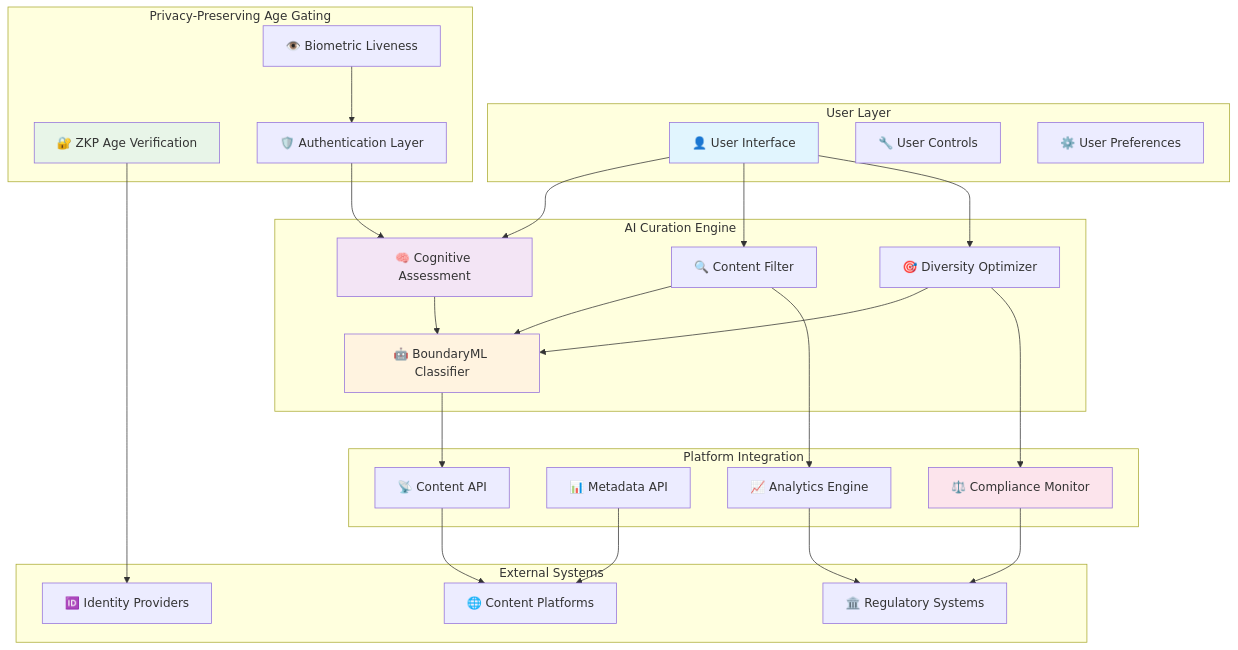
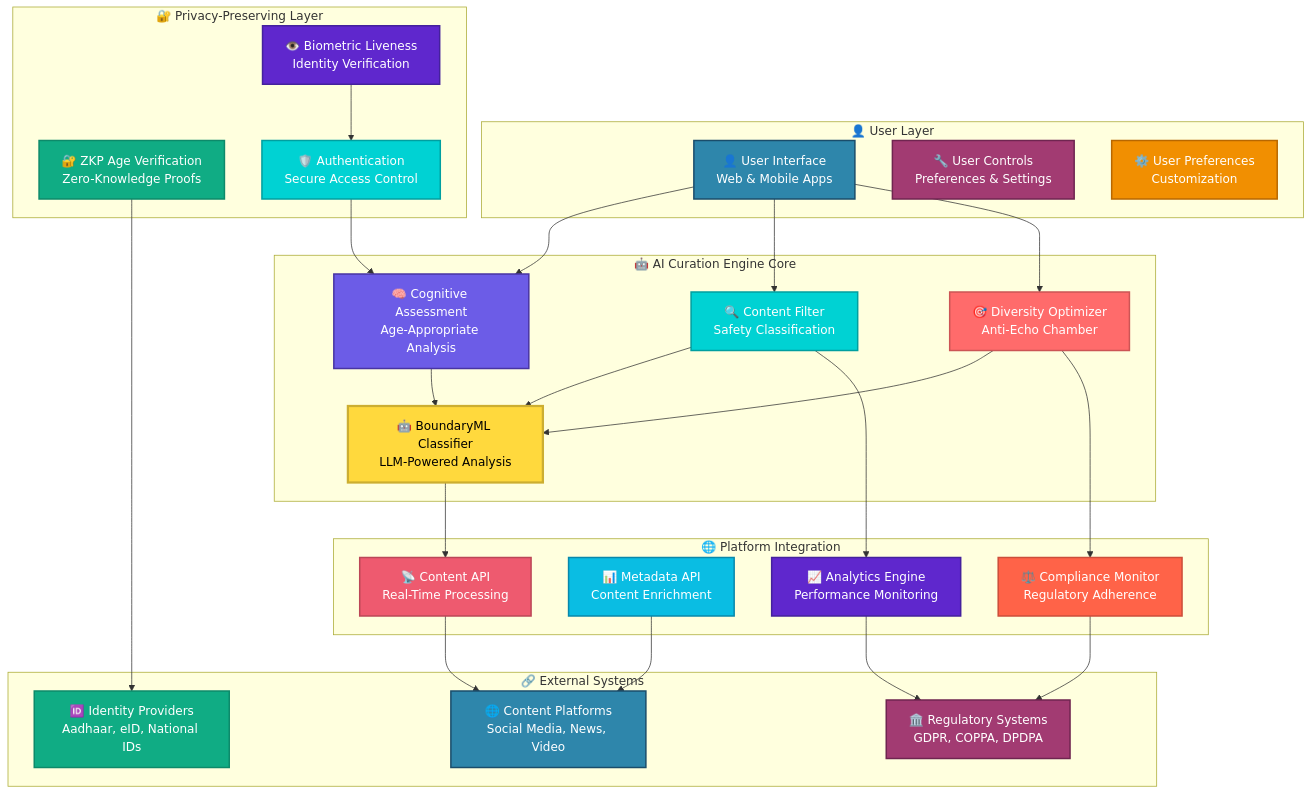
Before and after one commit to gitmujoshi/ai-curation-engine-cursor-generated: the first of 13 diagrams in docs/architecture/AI_Curation_Engine_Architecture.md, drawn with Mermaid. The commit also changed other lines of this file and 8 other files, not shown here.

First line of the commit message:
Improve architecture diagrams with professional styling and color schemes

````diff
--- a/docs/architecture/AI_Curation_Engine_Architecture.md
+++ b/docs/architecture/AI_Curation_Engine_Architecture.md
@@ -34,60 +34,73 @@
 ```mermaid
 graph TB
-    subgraph "User Layer"
-        UI[👤 User Interface]
-        UC[🔧 User Controls]
-        UP[⚙️ User Preferences]
+    subgraph "👤 User Layer"
+        UI["👤 User Interface<br/>Web & Mobile Apps"]
+        UC["🔧 User Controls<br/>Preferences & Settings"]
+        UP["⚙️ User Preferences<br/>Customization"]
     end
     
-    subgraph "AI Curation Engine"
-        CA[🧠 Cognitive Assessment]
-        CF[🔍 Content Filter]
-        DO[🎯 Diversity Optimizer]
-        BML[🤖 BoundaryML Classifier]
+    subgraph "🤖 AI Curation Engine Core"
+        CA["🧠 Cognitive Assessment<br/>Age-Appropriate Analysis"]
+        CF["🔍 Content Filter<br/>Safety Classification"]
+        DO["🎯 Diversity Optimizer<br/>Anti-Echo Chamber"]
+        BML["🤖 BoundaryML Classifier<br/>LLM-Powered Analysis"]
     end
     
-    subgraph "Privacy-Preserving Age Gating"
-        ZKP[🔐 ZKP Age Verification]
-        BIO[👁️ Biometric Liveness]
-        AUTH[🛡️ Authentication Layer]
+    subgraph "🔐 Privacy-Preserving Layer"
+        ZKP["🔐 ZKP Age Verification<br/>Zero-Knowledge Proofs"]
+        BIO["👁️ Biometric Liveness<br/>Identity Verification"]
+        AUTH["🛡️ Authentication<br/>Secure Access Control"]
     end
     
-    subgraph "Platform Integration"
-        CAPI[📡 Content API]
-        META[📊 Metadata API]
-        ANAL[📈 Analytics Engine]
-        COMP[⚖️ Compliance Monitor]
+    subgraph "🌐 Platform Integration"
+        CAPI["📡 Content API<br/>Real-Time Processing"]
+        META["📊 Metadata API<br/>Content Enrichment"]
+        ANAL["📈 Analytics Engine<br/>Performance Monitoring"]
+        COMP["⚖️ Compliance Monitor<br/>Regulatory Adherence"]
     end
     
-    subgraph "External Systems"
-        ID[🆔 Identity Providers]
-        PLAT[🌐 Content Platforms]
-        REG[🏛️ Regulatory Systems]
+    subgraph "🔗 External Systems"
+        ID["🆔 Identity Providers<br/>Aadhaar, eID, National IDs"]
+        PLAT["🌐 Content Platforms<br/>Social Media, News, Video"]
+        REG["🏛️ Regulatory Systems<br/>GDPR, COPPA, DPDPA"]
     end
     
     UI --> CA
     UI --> CF
     UI --> DO
     CA --> BML
     CF --> BML
     DO --> BML
     
     ZKP --> ID
     BIO --> AUTH
     AUTH --> CA
     
     CAPI --> PLAT
     META --> PLAT
     ANAL --> REG
     COMP --> REG
     
     BML --> CAPI
     CF --> ANAL
     DO --> COMP
     
-    style UI fill:#e1f5fe
-    style CA fill:#f3e5f5
-    style BML fill:#fff3e0
-    style ZKP fill:#e8f5e8
-    style COMP fill:#fce4ec
+    %% Professional color scheme
+    style UI fill:#2E86AB,stroke:#1A4D6B,stroke-width:2px,color:#fff
+    style UC fill:#A23B72,stroke:#6F2550,stroke-width:2px,color:#fff
+    style UP fill:#F18F01,stroke:#B86700,stroke-width:2px,color:#fff
+    style CA fill:#6C5CE7,stroke:#4834A3,stroke-width:2px,color:#fff
+    style CF fill:#00D2D3,stroke:#009FA0,stroke-width:2px,color:#fff
+    style DO fill:#FF6B6B,stroke:#CC5555,stroke-width:2px,color:#fff
+    style BML fill:#FFD93D,stroke:#CCAE31,stroke-width:3px,color:#000
+    style ZKP fill:#10AC84,stroke:#0D8A6A,stroke-width:2px,color:#fff
+    style BIO fill:#5F27CD,stroke:#44219D,stroke-width:2px,color:#fff
+    style AUTH fill:#00D2D3,stroke:#009FA0,stroke-width:2px,color:#fff
+    style CAPI fill:#EE5A6F,stroke:#BB4757,stroke-width:2px,color:#fff
+    style META fill:#0ABDE3,stroke:#0888AB,stroke-width:2px,color:#fff
+    style ANAL fill:#5F27CD,stroke:#44219D,stroke-width:2px,color:#fff
+    style COMP fill:#FF6348,stroke:#CC4E3A,stroke-width:2px,color:#fff
+    style ID fill:#10AC84,stroke:#0D8A6A,stroke-width:2px,color:#fff
+    style PLAT fill:#2E86AB,stroke:#1A4D6B,stroke-width:2px,color:#fff
+    style REG fill:#A23B72,stroke:#6F2550,stroke-width:2px,color:#fff
 ```
````
